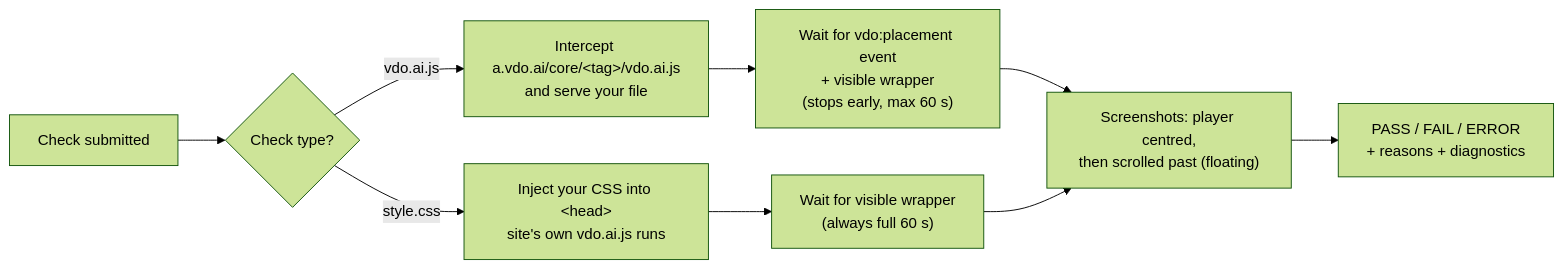
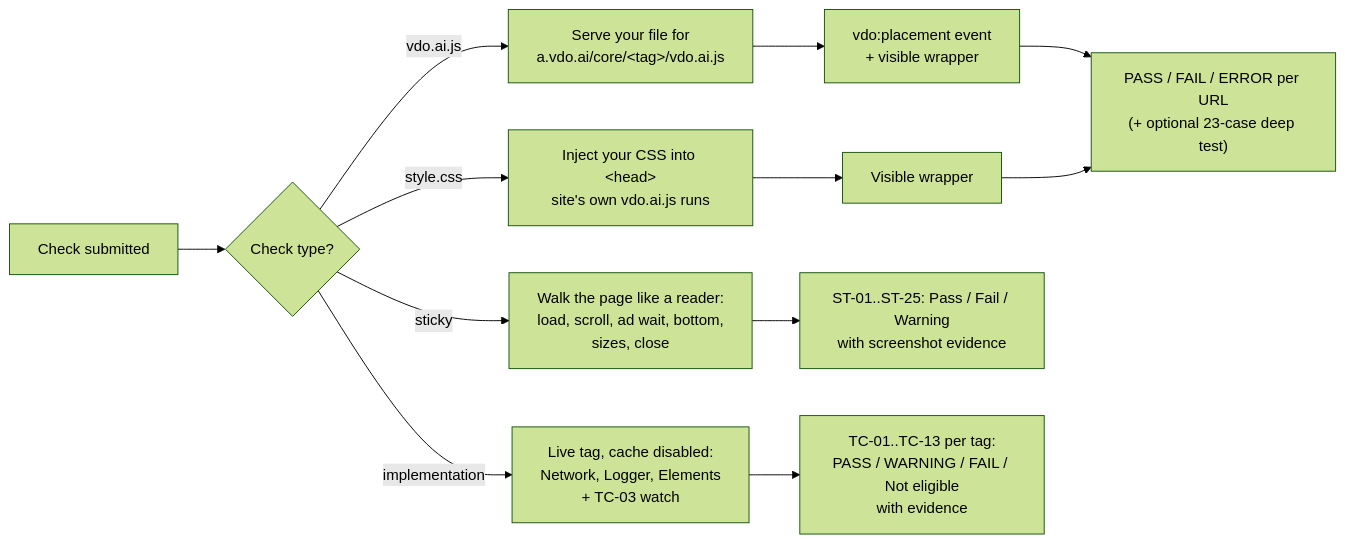
Before and after one commit to chetanya1998/VDO.ai-Automated-Player-Testing-APT--Tool: the sixth of 13 diagrams in README.md, drawn with Mermaid (forest theme). The commit also changed other lines of this file and 2 other files, not shown here.

````diff
--- a/README.md
+++ b/README.md
@@ -251,11 +256,14 @@
 ```mermaid
 flowchart LR
     START["Check submitted"] --> TYPE{"Check type?"}
-    TYPE -->|vdo.ai.js| JS["Intercept a.vdo.ai/core/&lt;tag&gt;/vdo.ai.js<br/>and serve your file"]
+    TYPE -->|vdo.ai.js| JS["Serve your file for<br/>a.vdo.ai/core/&lt;tag&gt;/vdo.ai.js"]
     TYPE -->|style.css| CSS["Inject your CSS into &lt;head&gt;<br/>site's own vdo.ai.js runs"]
-    JS --> JSW["Wait for vdo:placement event<br/>+ visible wrapper<br/>(stops early, max 60 s)"]
-    CSS --> CSSW["Wait for visible wrapper<br/>(always full 60 s)"]
-    JSW --> SHOT["Screenshots: player centred,<br/>then scrolled past (floating)"]
-    CSSW --> SHOT
-    SHOT --> RES["PASS / FAIL / ERROR<br/>+ reasons + diagnostics"]
+    TYPE -->|sticky| ST["Walk the page like a reader:<br/>load, scroll, ad wait, bottom,<br/>sizes, close"]
+    TYPE -->|implementation| IV["Live tag, cache disabled:<br/>Network, Logger, Elements<br/>+ TC-03 watch"]
+    JS --> JSW["vdo:placement event<br/>+ visible wrapper"]
+    CSS --> CSSW["Visible wrapper"]
+    JSW --> RES["PASS / FAIL / ERROR per URL<br/>(+ optional 23-case deep test)"]
+    CSSW --> RES
+    ST --> STR["ST-01..ST-25: Pass / Fail / Warning<br/>with screenshot evidence"]
+    IV --> IVR["TC-01..TC-13 per tag:<br/>PASS / WARNING / FAIL / Not eligible<br/>with evidence"]
 ```
````
